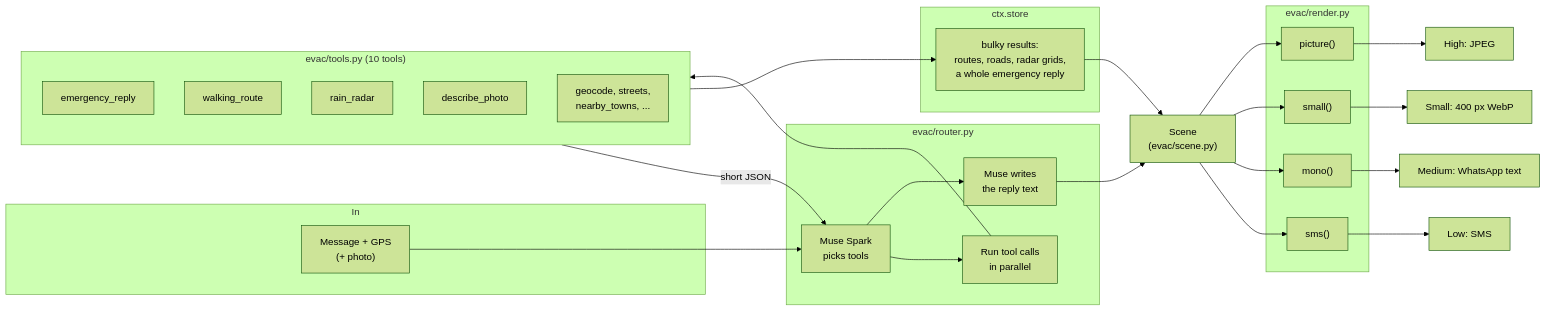
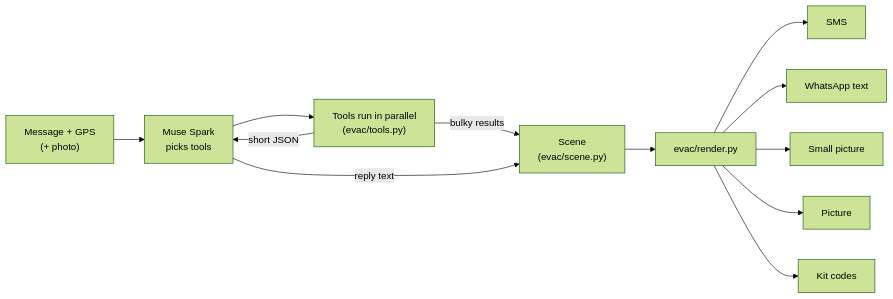
The diagram in README.md (JacobOuyang/MapsImagesText), drawn with Mermaid (forest theme) before and after one commit. The commit also changed other lines of this file, not shown here.

````diff
--- a/README.md
+++ b/README.md
@@ -30,37 +35,10 @@
 ```mermaid
 flowchart LR
-  subgraph In["In"]
-    M["Message + GPS<br/>(+ photo)"]
-  end
-  subgraph Router["evac/router.py"]
-    MU["Muse Spark<br/>picks tools"]
-    RUN["Run tool calls<br/>in parallel"]
-    TXT["Muse writes<br/>the reply text"]
-  end
-  subgraph Tools["evac/tools.py (10 tools)"]
-    T1[emergency_reply]
-    T2[walking_route]
-    T3[rain_radar]
-    T4[describe_photo]
-    T5["geocode, streets,<br/>nearby_towns, ..."]
-  end
-  subgraph Store["ctx.store"]
-    S["bulky results:<br/>routes, roads, radar grids,<br/>a whole emergency reply"]
-  end
-  SC["Scene<br/>(evac/scene.py)"]
-  subgraph Render["evac/render.py"]
-    R1["sms()"]
-    R2["mono()"]
-    R3["small()"]
-    R4["picture()"]
-  end
-  M --> MU --> RUN --> Tools
-  Tools -- "short JSON" --> MU
-  Tools --> S --> SC
-  MU --> TXT --> SC
-  SC --> R1 & R2 & R3 & R4
-  R1 --> O1["Low: SMS"]
-  R2 --> O2["Medium: WhatsApp text"]
-  R3 --> O3["Small: 400 px WebP"]
-  R4 --> O4["High: JPEG"]
+  M["Message + GPS<br/>(+ photo)"] --> MU["Muse Spark<br/>picks tools"]
+  MU --> T["Tools run in parallel<br/>(evac/tools.py)"]
+  T -- "short JSON" --> MU
+  T -- "bulky results" --> SC["Scene<br/>(evac/scene.py)"]
+  MU -- "reply text" --> SC
+  SC --> R["evac/render.py"]
+  R --> O1["SMS"] & O2["WhatsApp text"] & O3["Small picture"] & O4["Picture"] & O5["Kit codes"]
 ```
````
